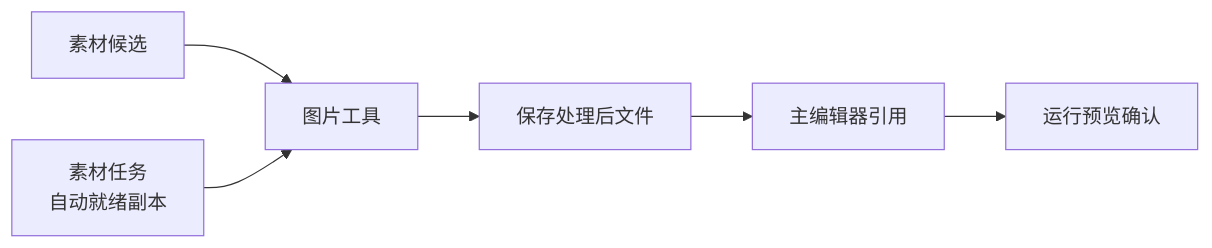
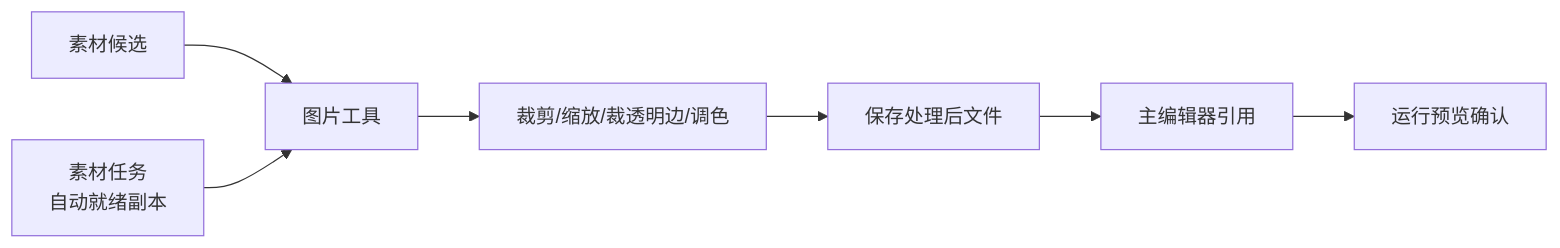
The diagram in docs/editors/workbench/image-tools.md (wubugui/GDoc), drawn with Mermaid before and after one commit. The commit also changed other lines of this file and 112 other files, not shown here.

````diff
--- a/docs/editors/workbench/image-tools.md
+++ b/docs/editors/workbench/image-tools.md
@@ -32,8 +37,9 @@
 ```mermaid
 flowchart LR
     CAND[素材候选] --> IMG[图片工具]
     TASK[素材任务<br/>自动就绪副本] --> IMG
-    IMG --> SAVE[保存处理后文件]
+    IMG --> CROP[裁剪/缩放/裁透明边/调色]
+    CROP --> SAVE[保存处理后文件]
     SAVE --> ED[主编辑器引用]
     ED --> PRE[运行预览确认]
 ```
````
